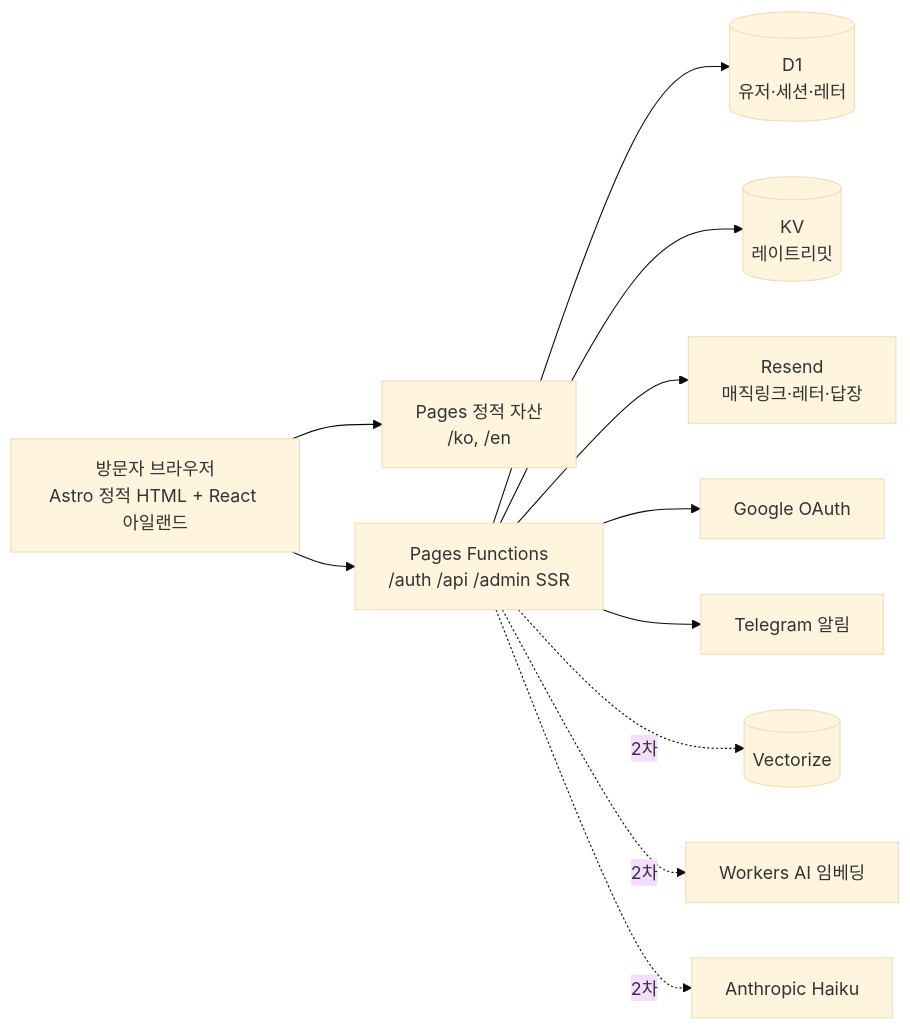
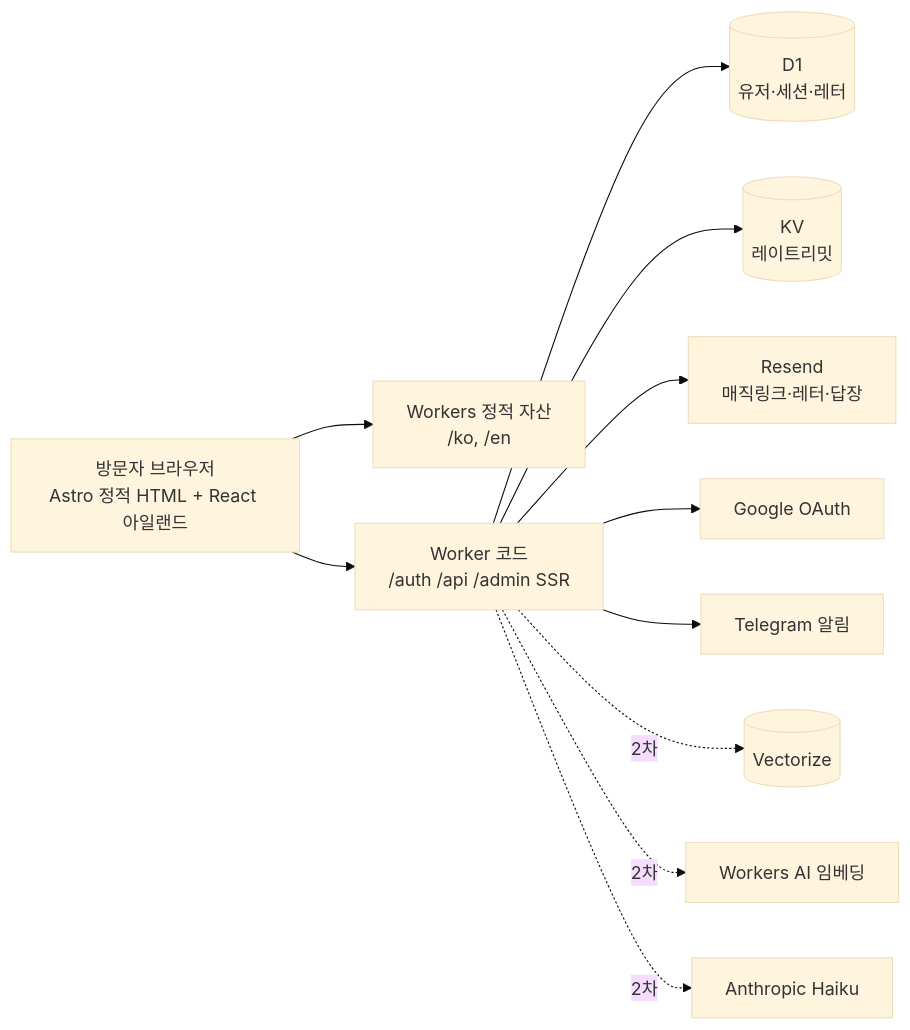
The first of 2 diagrams in docs/overview.md (yeonghunyoo/yhy-site), drawn with Mermaid (base theme) before and after one commit. The commit also changed other lines of this file and 13 other files, not shown here.

First line of the commit message:
feat(infra): scaffold Astro 7 on Cloudflare Workers with Hello page

````diff
--- a/docs/overview.md
+++ b/docs/overview.md
@@ -45,13 +45,13 @@
 ```mermaid
 flowchart LR
-  B["방문자 브라우저<br/>Astro 정적 HTML + React 아일랜드"] --> P["Pages 정적 자산<br/>/ko, /en"]
-  B --> F["Pages Functions<br/>/auth /api /admin SSR"]
+  B["방문자 브라우저<br/>Astro 정적 HTML + React 아일랜드"] --> P["Workers 정적 자산<br/>/ko, /en"]
+  B --> F["Worker 코드<br/>/auth /api /admin SSR"]
   F --> D1[("D1<br/>유저·세션·레터")]
   F --> KV[("KV<br/>레이트리밋")]
   F --> R["Resend<br/>매직링크·레터·답장"]
   F --> G["Google OAuth"]
   F --> T["Telegram 알림"]
   F -.2차.-> V[("Vectorize")]
   F -.2차.-> AI["Workers AI 임베딩"]
   F -.2차.-> H["Anthropic Haiku"]
 ```
````
